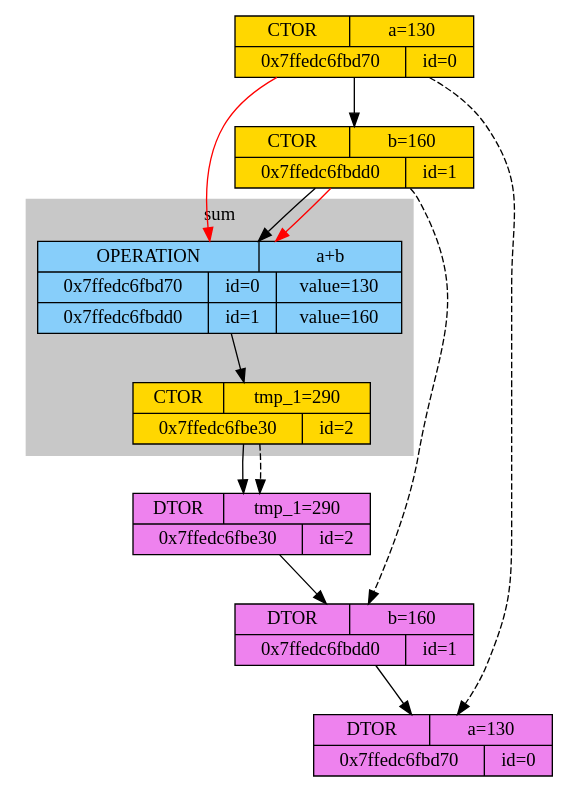
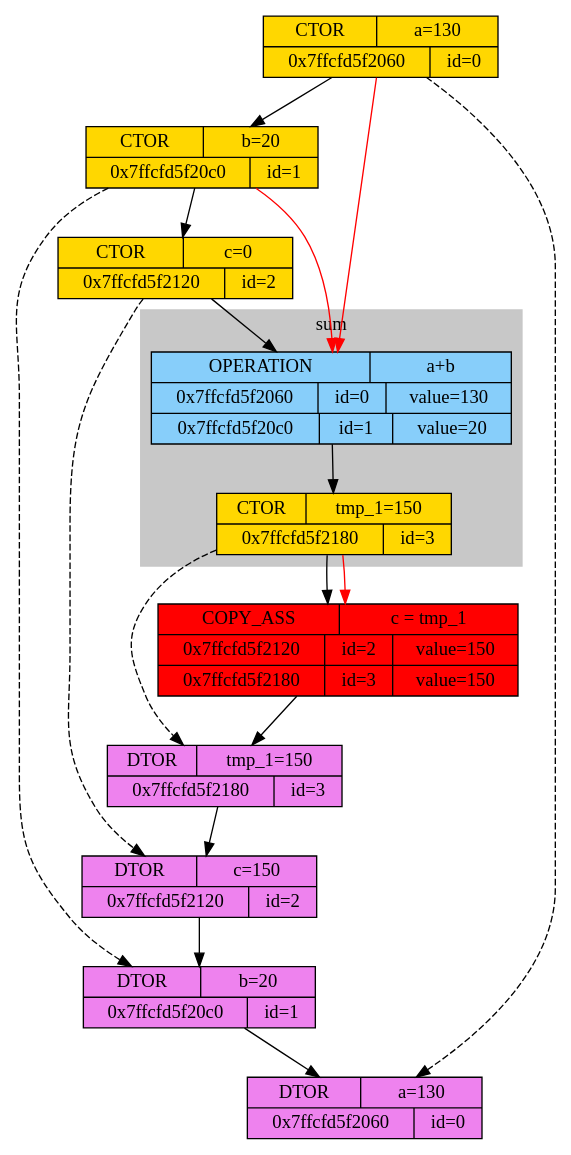
The diagram in Dumping_int/new.dot (x-ENIAC/MIPT_projects_4_sem), drawn with Graphviz before and after one commit. The commit also changed 14 other files, not shown here.

```diff
--- a/Dumping_int/new.dot
+++ b/Dumping_int/new.dot
@@ -1,27 +1,35 @@
 digraph graphname {
-	node0CTOR [shape="record", style="filled", fillcolor="gold", label="{{CTOR | a=130}|{0x7ffedc6fbd70 | id=0}}"]
-	node1CTOR [shape="record", style="filled", fillcolor="gold", label="{{CTOR | b=160}|{0x7ffedc6fbdd0 | id=1}}"]
+	node0CTOR [shape="record", style="filled", fillcolor="gold", label="{{CTOR | a=130}|{0x7ffcfd5f2060 | id=0}}"]
+	node1CTOR [shape="record", style="filled", fillcolor="gold", label="{{CTOR | b=20}|{0x7ffcfd5f20c0 | id=1}}"]
+	node2CTOR [shape="record", style="filled", fillcolor="gold", label="{{CTOR | c=0}|{0x7ffcfd5f2120 | id=2}}"]
 
 subgraph "cluster_0" {
 	style=filled;
 	color="#c8c8c8";
-		node0OPERATION1 [shape="record", style="filled", fillcolor="lightskyblue", label="{{OPERATION | a+b}|{0x7ffedc6fbd70 | id=0 | value=130}|{0x7ffedc6fbdd0 | id=1 | value=160}}"]
-	node2CTOR [shape="record", style="filled", fillcolor="gold", label="{{CTOR | tmp_1=290}|{0x7ffedc6fbe30 | id=2}}"]
+		node0OPERATION1 [shape="record", style="filled", fillcolor="lightskyblue", label="{{OPERATION | a+b}|{0x7ffcfd5f2060 | id=0 | value=130}|{0x7ffcfd5f20c0 | id=1 | value=20}}"]
+	node3CTOR [shape="record", style="filled", fillcolor="gold", label="{{CTOR | tmp_1=150}|{0x7ffcfd5f2180 | id=3}}"]
 	label = "sum" 
 }
 
-	node2DTOR [shape="record", style="filled", fillcolor="violet", label="{{DTOR | tmp_1=290}|{0x7ffedc6fbe30 | id=2}}"]
-	node1DTOR [shape="record", style="filled", fillcolor="violet", label="{{DTOR | b=160}|{0x7ffedc6fbdd0 | id=1}}"]
-	node0DTOR [shape="record", style="filled", fillcolor="violet", label="{{DTOR | a=130}|{0x7ffedc6fbd70 | id=0}}"]
+	node2COPY_ASS3 [shape="record", style="filled", fillcolor="red", label="{{COPY_ASS | c = tmp_1}|{0x7ffcfd5f2120 | id=2 | value=150}|{0x7ffcfd5f2180 | id=3 | value=150}}"]
+	node3DTOR [shape="record", style="filled", fillcolor="violet", label="{{DTOR | tmp_1=150}|{0x7ffcfd5f2180 | id=3}}"]
+	node2DTOR [shape="record", style="filled", fillcolor="violet", label="{{DTOR | c=150}|{0x7ffcfd5f2120 | id=2}}"]
+	node1DTOR [shape="record", style="filled", fillcolor="violet", label="{{DTOR | b=20}|{0x7ffcfd5f20c0 | id=1}}"]
+	node0DTOR [shape="record", style="filled", fillcolor="violet", label="{{DTOR | a=130}|{0x7ffcfd5f2060 | id=0}}"]
 	node0CTOR -> node1CTOR
-	node1CTOR -> node0OPERATION1
+	node1CTOR -> node2CTOR
+	node2CTOR -> node0OPERATION1
 	node0CTOR -> node0OPERATION1 [color="red"]
 	node1CTOR -> node0OPERATION1 [color="red"]
-	node0OPERATION1 -> node2CTOR
-	node2CTOR -> node2DTOR
+	node0OPERATION1 -> node3CTOR
+	node3CTOR -> node2COPY_ASS3
+	node3CTOR -> node2COPY_ASS3 [color="red"]
+	node2COPY_ASS3 -> node3DTOR
+	node3CTOR -> node3DTOR [style="dashed"]
+	node3DTOR -> node2DTOR
 	node2CTOR -> node2DTOR [style="dashed"]
 	node2DTOR -> node1DTOR
 	node1CTOR -> node1DTOR [style="dashed"]
 	node1DTOR -> node0DTOR
 	node0CTOR -> node0DTOR [style="dashed"]
 }
```
